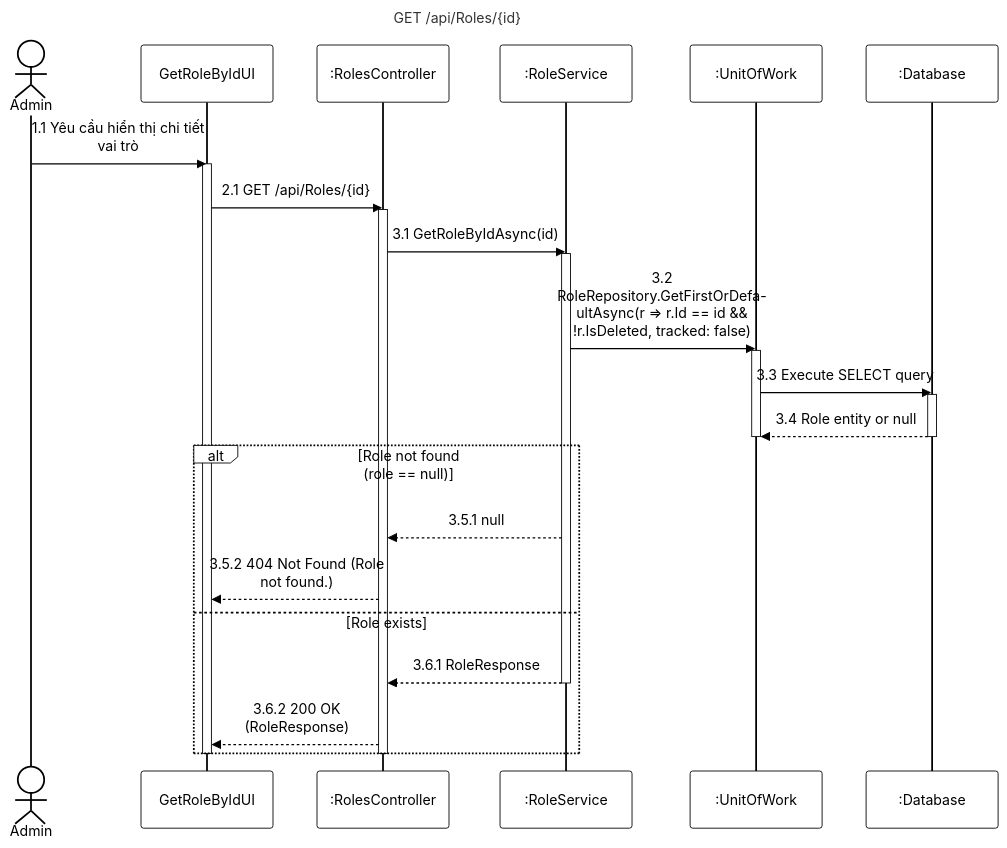
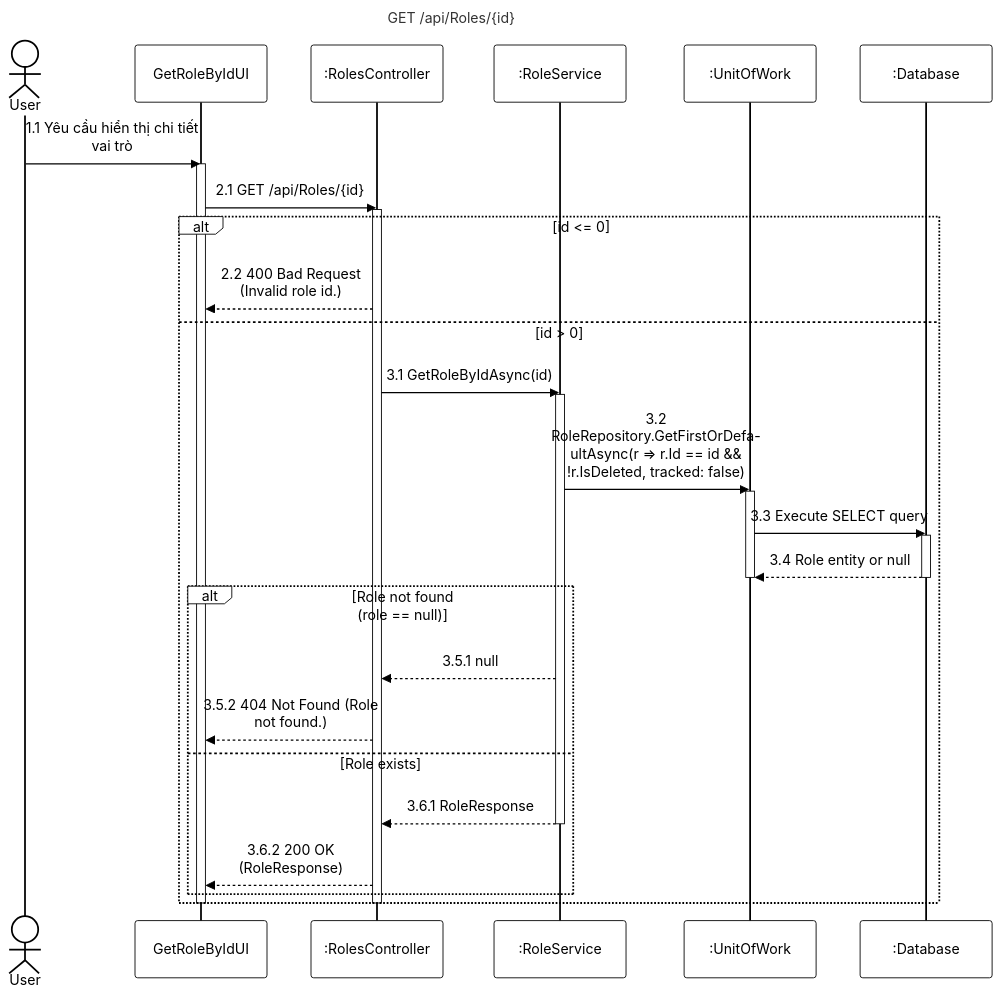
Before and after one commit to PhucAnDev/docx-diagram: the diagram in 02-user-role-management/sequence-diagram/apis/get-role-by-id.mmd, drawn with Mermaid. The commit also changed 13 other files, not shown here.

Commit message:
fix: update sequence diagrams for users and roles to align actors and validation with code

```diff
--- a/02-user-role-management/sequence-diagram/apis/get-role-by-id.mmd
+++ b/02-user-role-management/sequence-diagram/apis/get-role-by-id.mmd
@@ -1,36 +1,40 @@
 %%{init: {'theme':'base', 'themeVariables': {'actorBkg':'#ffffff','actorBorder':'#000000','actorTextColor':'#000000','actorLineColor':'#000000','signalColor':'#000000','signalTextColor':'#000000','labelBoxBkgColor':'#ffffff','labelBoxBorderColor':'#000000','labelTextColor':'#000000','loopTextColor':'#000000','noteBkgColor':'#ffffff','noteBorderColor':'#000000','noteTextColor':'#000000','activationBorderColor':'#000000','activationBkgColor':'#ffffff','sequenceNumberColor':'#000000'}, 'sequence': {'width':150,'height':65,'actorFontSize':16,'messageFontSize':16,'wrap':true,'wrapPadding':10}}}%%
 sequenceDiagram
     title GET /api/Roles/{id}
-    actor Admin as Admin
+    actor User as User
     participant UI as GetRoleByIdUI
     participant Endpoint as :RolesController
     participant Service as :RoleService
     participant DB as :UnitOfWork
     participant Database as :Database
 
-    Admin->>UI: 1.1 Yêu cầu hiển thị chi tiết vai trò
+    User->>UI: 1.1 Yêu cầu hiển thị chi tiết vai trò
     activate UI
     UI->>Endpoint: 2.1 GET /api/Roles/{id}
     activate Endpoint
 
-    Endpoint->>Service: 3.1 GetRoleByIdAsync(id)
-    activate Service
+    alt id <= 0
+        Endpoint-->>UI: 2.2 400 Bad Request (Invalid role id.)
+    else id > 0
+        Endpoint->>Service: 3.1 GetRoleByIdAsync(id)
+        activate Service
 
-    Service->>DB: 3.2 RoleRepository.GetFirstOrDefaultAsync(r => r.Id == id && !r.IsDeleted, tracked: false)
-    activate DB
-    DB->>Database: 3.3 Execute SELECT query
-    activate Database
-    Database-->>DB: 3.4 Role entity or null
-    deactivate Database
-    deactivate DB
+        Service->>DB: 3.2 RoleRepository.GetFirstOrDefaultAsync(r => r.Id == id && !r.IsDeleted, tracked: false)
+        activate DB
+        DB->>Database: 3.3 Execute SELECT query
+        activate Database
+        Database-->>DB: 3.4 Role entity or null
+        deactivate Database
+        deactivate DB
 
-    alt Role not found (role == null)
-        Service-->>Endpoint: 3.5.1 null
-        Endpoint-->>UI: 3.5.2 404 Not Found (Role not found.)
-    else Role exists
-        Service-->>Endpoint: 3.6.1 RoleResponse
-        deactivate Service
-        Endpoint-->>UI: 3.6.2 200 OK (RoleResponse)
+        alt Role not found (role == null)
+            Service-->>Endpoint: 3.5.1 null
+            Endpoint-->>UI: 3.5.2 404 Not Found (Role not found.)
+        else Role exists
+            Service-->>Endpoint: 3.6.1 RoleResponse
+            deactivate Service
+            Endpoint-->>UI: 3.6.2 200 OK (RoleResponse)
+        end
     end
     deactivate Endpoint
     deactivate UI
```
